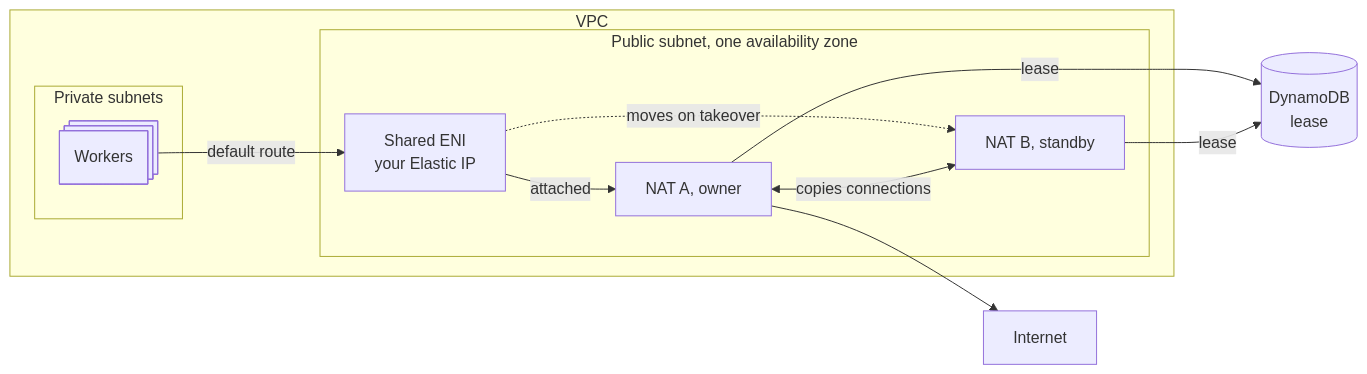
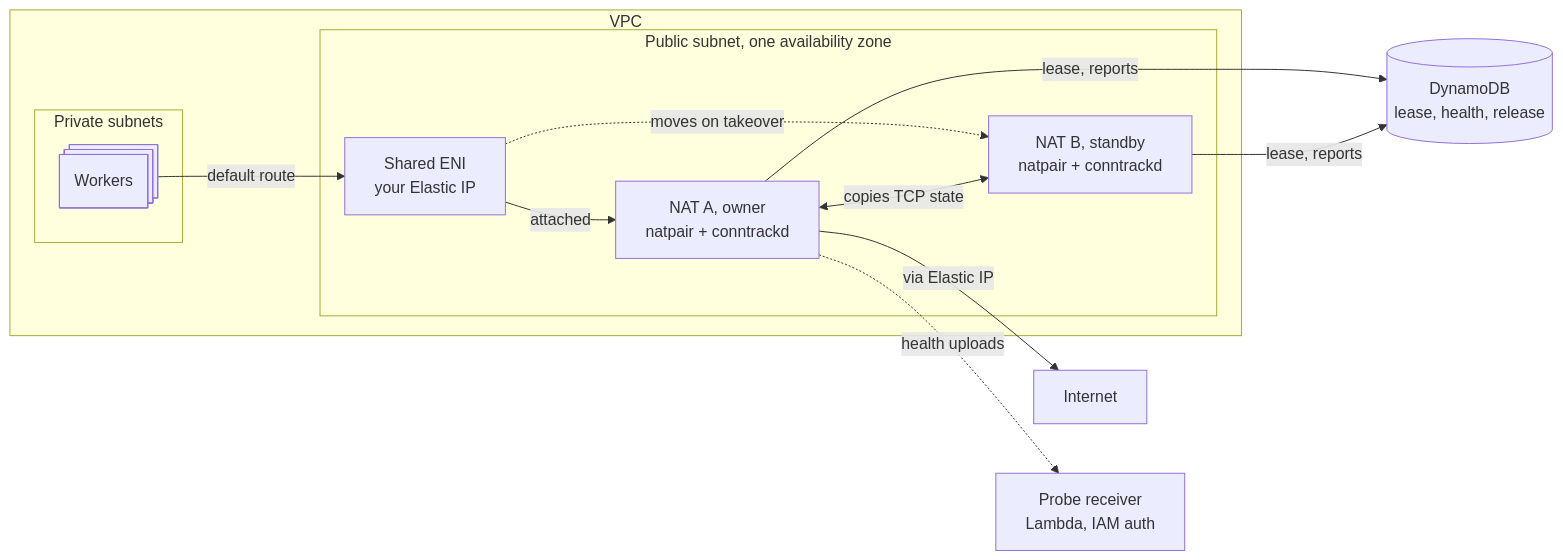
The diagram in README.md (artie-labs/natpair), drawn with Mermaid before and after one commit. The commit also changed other lines of this file and 4 other files, not shown here.

Commit message:
docs: rewrite README with failover timeline and cost chart (#29)

````diff
--- a/README.md
+++ b/README.md
@@ -92,22 +21,24 @@
 ```mermaid
 flowchart LR
   subgraph vpc["VPC"]
     subgraph private["Private subnets"]
       workers@{ shape: procs, label: "Workers" }
     end
     subgraph public["Public subnet, one availability zone"]
       eni["Shared ENI<br/>your Elastic IP"]
-      a["NAT A, owner"]
-      b["NAT B, standby"]
+      a["NAT A, owner<br/>natpair + conntrackd"]
+      b["NAT B, standby<br/>natpair + conntrackd"]
     end
   end
-  dynamo[("DynamoDB<br/>lease")]
   internet["Internet"]
+  receiver["Probe receiver<br/>Lambda, IAM auth"]
+  dynamo[("DynamoDB<br/>lease, health, release")]
 
   workers -->|default route| eni
   eni -->|attached| a
   eni -.->|moves on takeover| b
-  a <-->|copies connections| b
-  a --> internet
-  a & b -->|lease| dynamo
+  a <-->|copies TCP state| b
+  a -->|via Elastic IP| internet
+  a -.->|health uploads| receiver
+  a & b -->|lease, reports| dynamo
 ```
````
